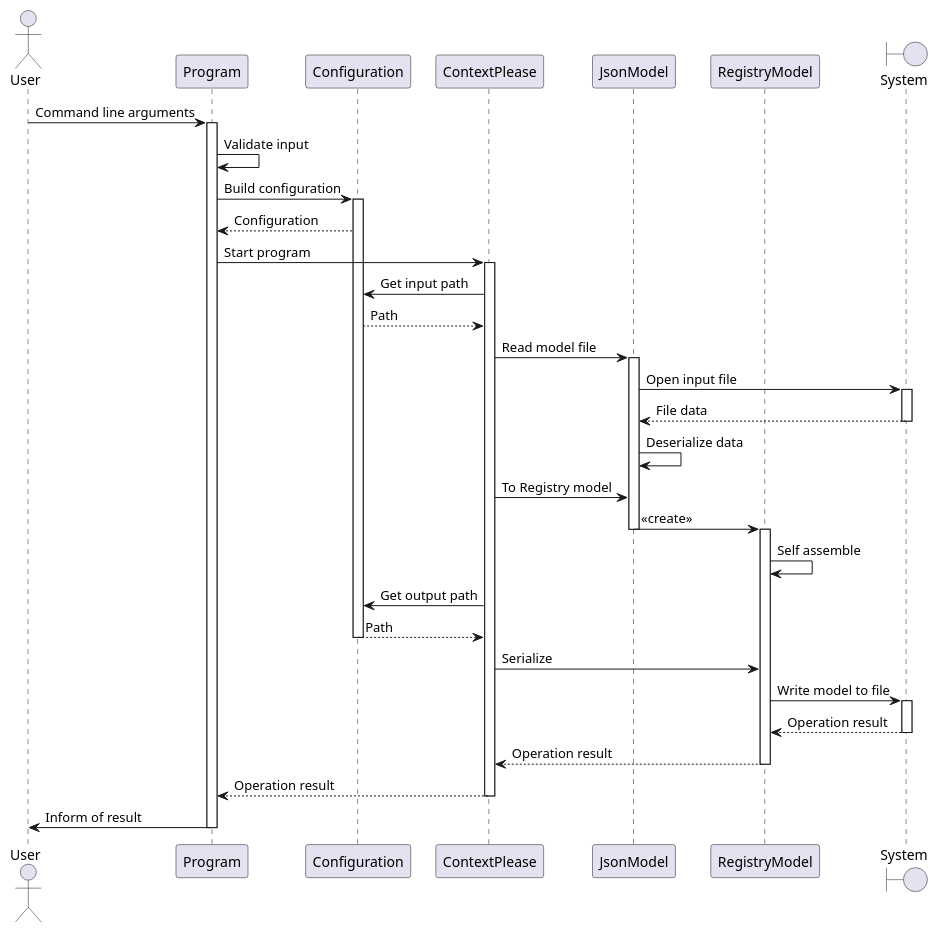
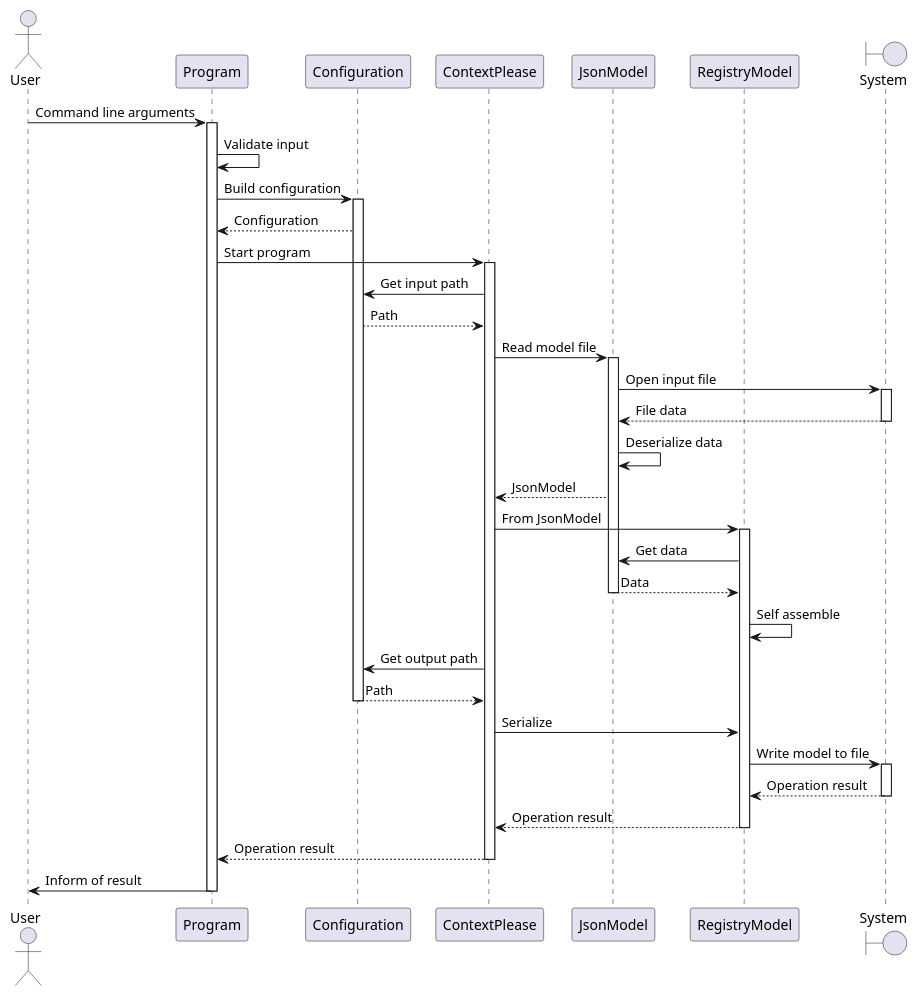
Before and after one commit to mbartelsman-dev/contextPlease: the diagram in Design/UML/seq_whitebox.puml, drawn with PlantUML. The commit also changed 4 other files, not shown here.

Commit message:
Implemented JSON model

```diff
--- a/Design/UML/seq_whitebox.puml
+++ b/Design/UML/seq_whitebox.puml
@@ -1,33 +1,36 @@
 @startuml
 actor       User          as Usr
 participant Program       as Int
 participant Configuration as Con
 participant ContextPlease as Ker
 participant JsonModel     as Jso
 participant RegistryModel as Reg
 boundary    System        as Sys
 
 Usr ->  Int ++: Command line arguments
 Int ->  Int: Validate input
 Int ->  Con ++: Build configuration
 Con --> Int: Configuration
 Int ->  Ker ++: Start program
 Ker ->  Con: Get input path
 Con --> Ker: Path
 Ker ->  Jso ++: Read model file
 Jso ->  Sys ++: Open input file
 Sys --> Jso --: File data
 Jso ->  Jso: Deserialize data
-Ker ->  Jso: To Registry model
-Jso ->  Reg --: <<create>>
+Jso --> Ker: JsonModel
+Ker ->  Reg: From JsonModel
 activate Reg
+Reg ->  Jso: Get data
+Jso --> Reg: Data
+deactivate Jso
 Reg ->  Reg: Self assemble
 Ker ->  Con: Get output path
 Con --> Ker --: Path
 Ker ->  Reg: Serialize
 Reg ->  Sys ++: Write model to file
 Sys --> Reg --: Operation result
 Reg --> Ker --: Operation result
 Ker --> Int --: Operation result
 Int ->  Usr --: Inform of result
 @enduml
```
